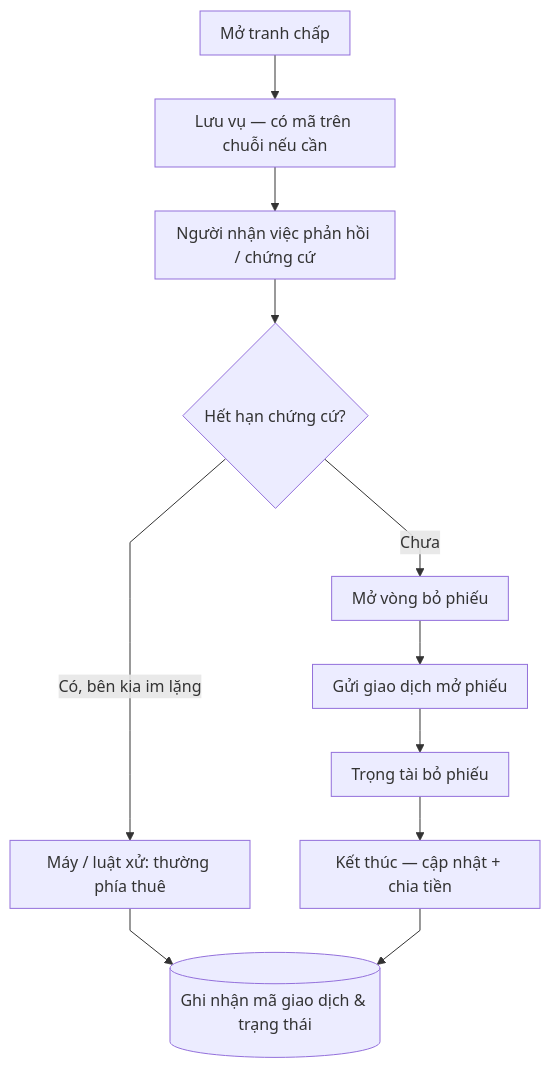
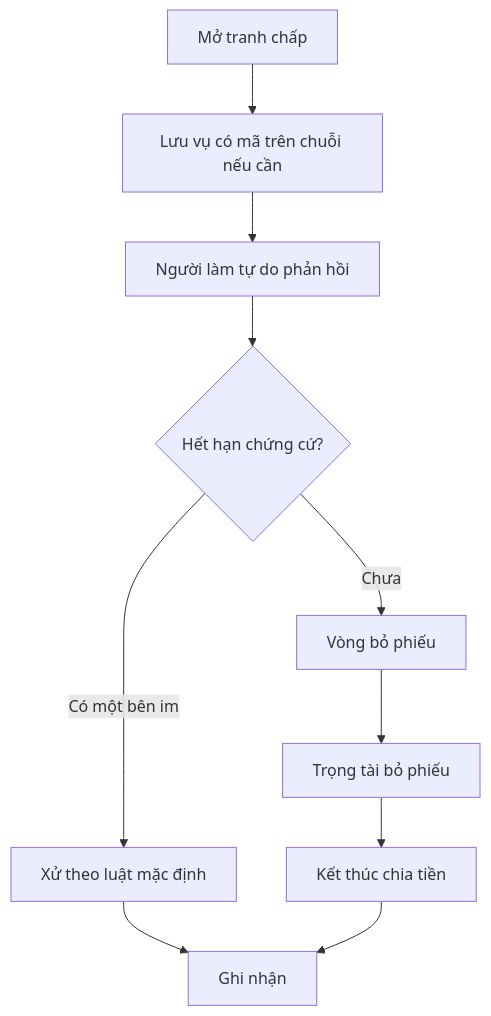
Before and after one commit to dmt041104111003/docs-nckh: the third of 3 diagrams in blockchain.md, drawn with Mermaid. The commit also changed other lines of this file and 8 other files, not shown here.

````diff
--- a/blockchain.md
+++ b/blockchain.md
@@ -119,14 +89,12 @@
 ```mermaid
-%%{init: {"flowchart": {"curve": "linear", "padding": 10, "rankSpacing": 44}}}%%
 flowchart TB
-  F1[Mở tranh chấp] --> F2[Lưu vụ — có mã trên chuỗi nếu cần]
-  F2 --> F3[Người nhận việc phản hồi / chứng cứ]
+  F1[Mở tranh chấp] --> F2[Lưu vụ có mã trên chuỗi nếu cần]
+  F2 --> F3[Người làm tự do phản hồi]
   F3 --> F4{Hết hạn chứng cứ?}
-  F4 -->|Có, bên kia im lặng| ON1[Máy / luật xử: thường phía thuê]
-  F4 -->|Chưa| F5[Mở vòng bỏ phiếu]
-  F5 --> F6[Gửi giao dịch mở phiếu]
-  F6 --> F7[Trọng tài bỏ phiếu]
-  F7 --> F8[Kết thúc — cập nhật + chia tiền]
-  ON1 --> Ket[(Ghi nhận mã giao dịch & trạng thái)]
+  F4 -->|Có một bên im| ON1[Xử theo luật mặc định]
+  F4 -->|Chưa| F5[Vòng bỏ phiếu]
+  F5 --> F6[Trọng tài bỏ phiếu]
+  F6 --> F8[Kết thúc chia tiền]
+  ON1 --> Ket[Ghi nhận]
   F8 --> Ket
 ```
````
